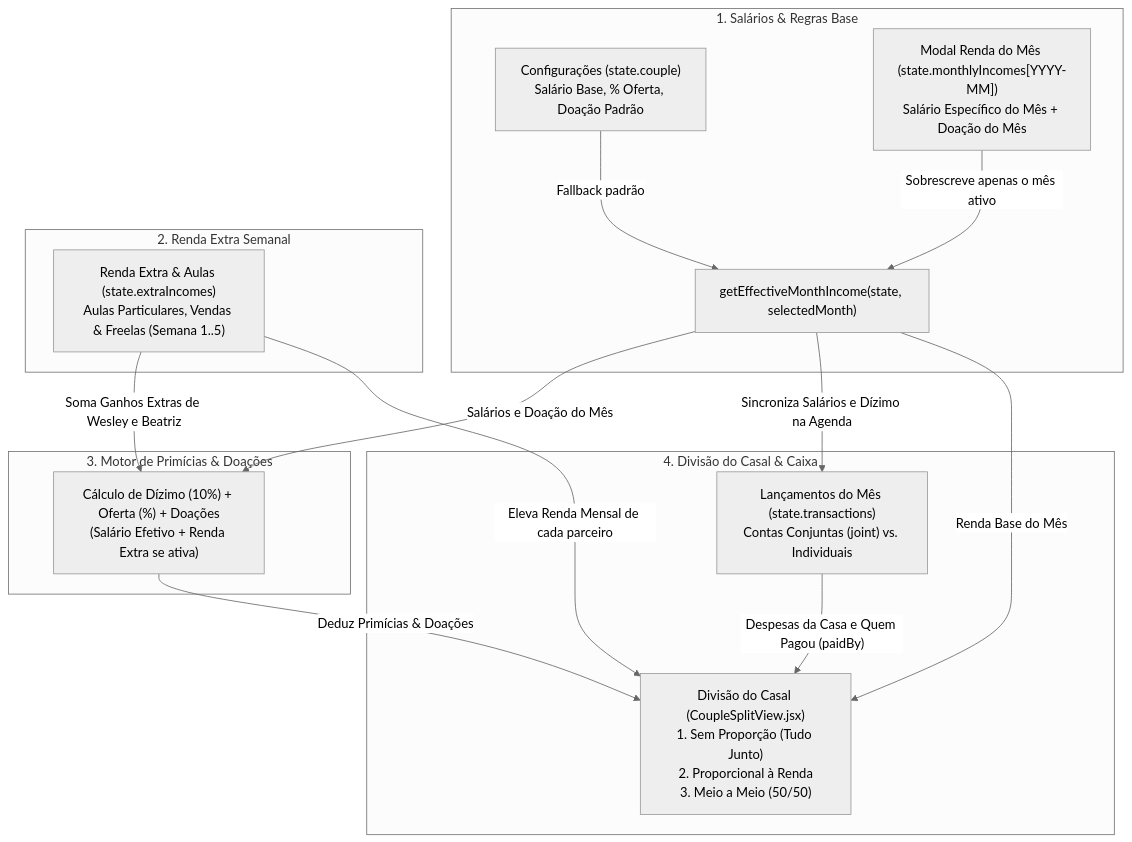
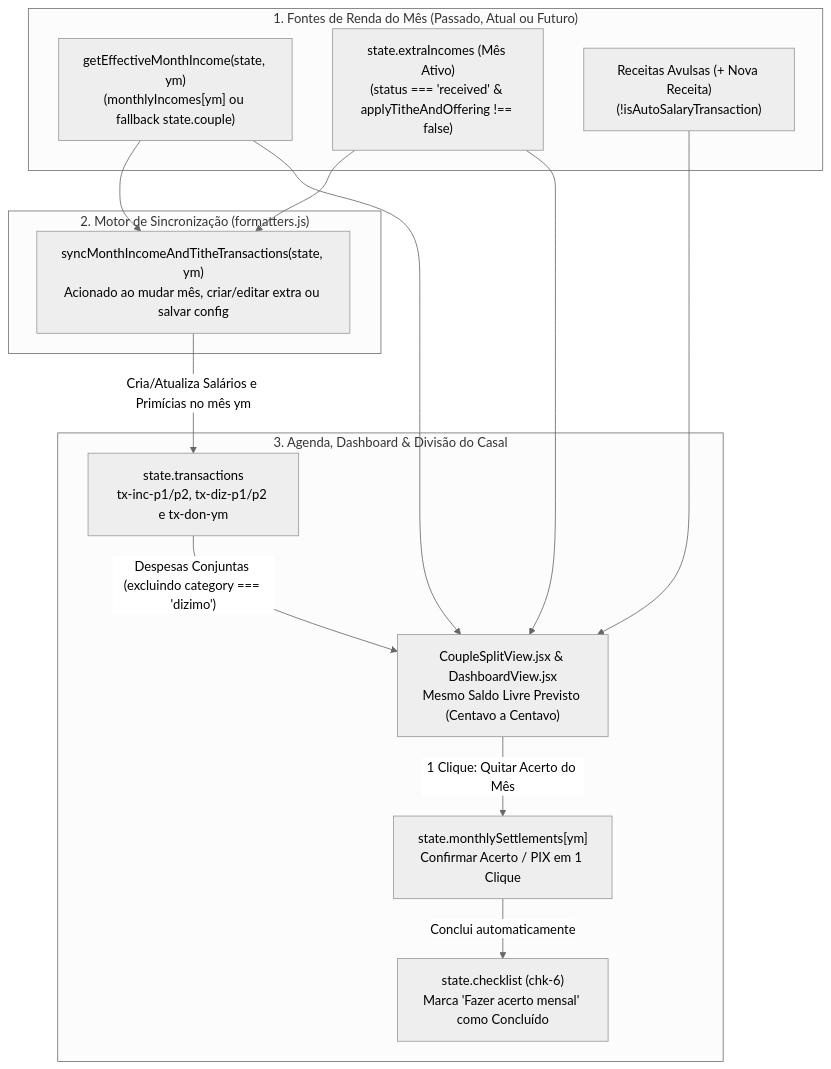
Before and after one commit to uranio8/finanpro-casal: the second of 3 diagrams in FLUXOS_DO_SISTEMA.md, drawn with Mermaid (neutral theme). The commit also changed other lines of this file, not shown here.

Commit message:
docs(architecture): update FLUXOS_DO_SISTEMA.md with complete v2.0 cross-module flows and diagrams

````diff
--- a/FLUXOS_DO_SISTEMA.md
+++ b/FLUXOS_DO_SISTEMA.md
@@ -164,31 +132,29 @@
 ```mermaid
 flowchart TD
-    subgraph Config["1. Salários & Regras Base"]
-        S["Configurações (state.couple)<br/>Salário Base, % Oferta, Doação Padrão"]
-        M["Modal Renda do Mês (state.monthlyIncomes[YYYY-MM])<br/>Salário Específico do Mês + Doação do Mês"]
-        E["getEffectiveMonthIncome(state, selectedMonth)"]
-        S -->|"Fallback padrão"| E
-        M -->|"Sobrescreve apenas o mês ativo"| E
+    subgraph FontesRenda["1. Fontes de Renda do Mês (Passado, Atual ou Futuro)"]
+        E["getEffectiveMonthIncome(state, ym)<br/>(monthlyIncomes[ym] ou fallback state.couple)"]
+        X["state.extraIncomes (Mês Ativo)<br/>(status === 'received' & applyTitheAndOffering !== false)"]
+        A["Receitas Avulsas (+ Nova Receita)<br/>(!isAutoSalaryTransaction)"]
     end
 
-    subgraph Extra["2. Renda Extra Semanal"]
-        X["Renda Extra & Aulas (state.extraIncomes)<br/>Aulas Particulares, Vendas & Freelas (Semana 1..5)"]
+    subgraph SyncEngine["2. Motor de Sincronização (formatters.js)"]
+        SYNC["syncMonthIncomeAndTitheTransactions(state, ym)<br/>Acionado ao mudar mês, criar/editar extra ou salvar config"]
     end
 
-    subgraph Primicias["3. Motor de Primícias & Doações"]
-        P["Cálculo de Dízimo (10%) + Oferta (%) + Doações<br/>(Salário Efetivo + Renda Extra se ativa)"]
+    subgraph AgendaEDivisao["3. Agenda, Dashboard & Divisão do Casal"]
+        T["state.transactions<br/>tx-inc-p1/p2, tx-diz-p1/p2 e tx-don-ym"]
+        CS["CoupleSplitView.jsx & DashboardView.jsx<br/>Mesmo Saldo Livre Previsto (Centavo a Centavo)"]
+        ST["state.monthlySettlements[ym]<br/>Confirmar Acerto / PIX em 1 Clique"]
+        CHK["state.checklist (chk-6)<br/>Marca 'Fazer acerto mensal' como Concluído"]
     end
 
-    subgraph Split["4. Divisão do Casal & Caixa"]
-        T["Lançamentos do Mês (state.transactions)<br/>Contas Conjuntas (joint) vs. Individuais"]
-        CS["Divisão do Casal (CoupleSplitView.jsx)<br/>1. Sem Proporção (Tudo Junto)<br/>2. Proporcional à Renda<br/>3. Meio a Meio (50/50)"]
-    end
-
-    E -->|"Salários e Doação do Mês"| P
-    E -->|"Sincroniza Salários e Dízimo na Agenda"| T
-    X -->|"Soma Ganhos Extras de Wesley e Beatriz"| P
-    X -->|"Eleva Renda Mensal de cada parceiro"| CS
-    E -->|"Renda Base do Mês"| CS
-    P -->|"Deduz Primícias & Doações"| CS
-    T -->|"Despesas da Casa e Quem Pagou (paidBy)"| CS
+    E --> SYNC
+    X --> SYNC
+    SYNC -->|"Cria/Atualiza Salários e Primícias no mês ym"| T
+    E --> CS
+    X --> CS
+    A --> CS
+    T -->|"Despesas Conjuntas (excluindo category === 'dizimo')"| CS
+    CS -->|"1 Clique: Quitar Acerto do Mês"| ST
+    ST -->|"Conclui automaticamente"| CHK
 ```
````
